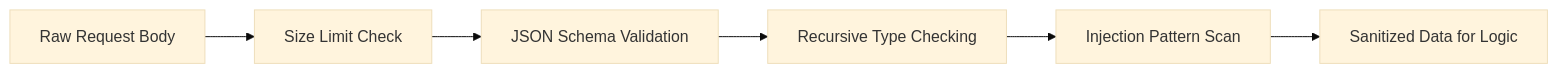
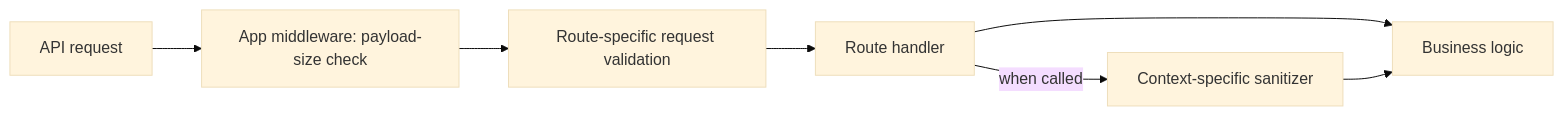
The diagram in docs/en/security/risk-analyzer.md (VanDung-dev/HieraChain), drawn with Mermaid (base theme) before and after one commit. The commit also changed other lines of this file and 158 other files, not shown here.

````diff
--- a/docs/en/security/risk-analyzer.md
+++ b/docs/en/security/risk-analyzer.md
@@ -23,8 +19,9 @@
 ```mermaid
 graph LR
-    A[Raw Request Body] --> B[Size Limit Check]
-    B --> C[JSON Schema Validation]
-    C --> D[Recursive Type Checking]
-    D --> E[Injection Pattern Scan]
-    E --> F[Sanitized Data for Logic]
+    A[API request] --> B[App middleware: payload-size check]
+    B --> C[Route-specific request validation]
+    C --> D[Route handler]
+    D -->|when called| E[Context-specific sanitizer]
+    D --> F[Business logic]
+    E --> F
 ```
````
